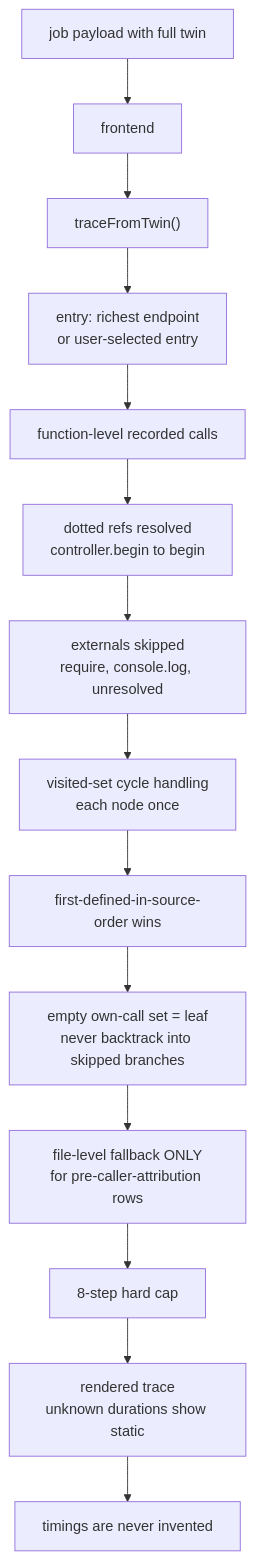
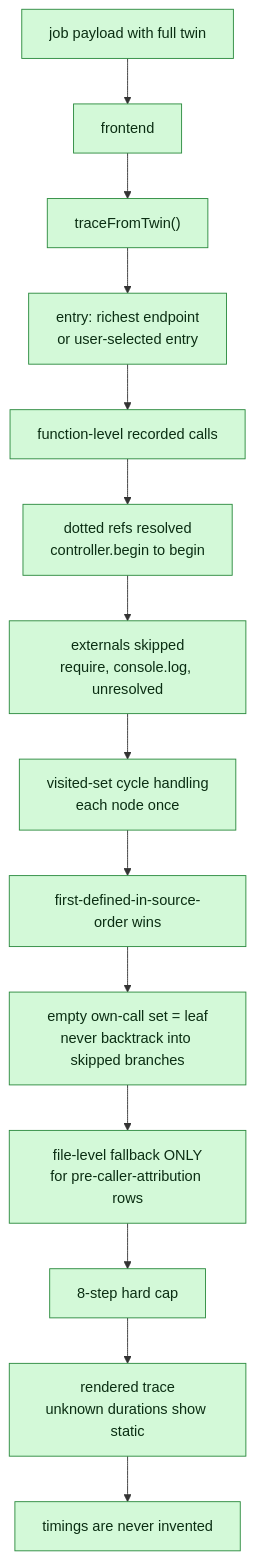
Before and after one commit to kaiser1x/hubris: diagram 11 of 17 in docs/ARCHITECTURE.md, drawn with Mermaid. The commit also changed other lines of this file and 1 other file, not shown here.

First line of the commit message:
docs: fix erDiagram reserved word and color-code architecture maps

````diff
--- a/docs/ARCHITECTURE.md
+++ b/docs/ARCHITECTURE.md
@@ -350,31 +393,34 @@
 ```mermaid
 flowchart TD
     Payload["job payload with full twin"]
     FE2["frontend"]
     Engine["traceFromTwin()"]
     Entry["entry: richest endpoint<br/>or user-selected entry"]
     Calls["function-level recorded calls"]
     Dotted["dotted refs resolved<br/>controller.begin to begin"]
     External["externals skipped<br/>require, console.log, unresolved"]
     Cycle["visited-set cycle handling<br/>each node once"]
     Branch["first-defined-in-source-order wins"]
     Leaf["empty own-call set = leaf<br/>never backtrack into skipped branches"]
     Legacy["file-level fallback ONLY<br/>for pre-caller-attribution rows"]
     Cap["8-step hard cap"]
     Render["rendered trace<br/>unknown durations show static"]
     Timings["timings are never invented"]
 
     Payload --> FE2
     FE2 --> Engine
     Engine --> Entry
     Entry --> Calls
     Calls --> Dotted
     Dotted --> External
     External --> Cycle
     Cycle --> Branch
     Branch --> Leaf
     Leaf --> Legacy
     Legacy --> Cap
     Cap --> Render
     Render --> Timings
+
+    classDef live fill:#d3f9d8,stroke:#2b8a3e,color:#0b2e13
+    class Payload,FE2,Engine,Entry,Calls,Dotted,External,Cycle,Branch,Leaf,Legacy,Cap,Render,Timings live
 ```
````
